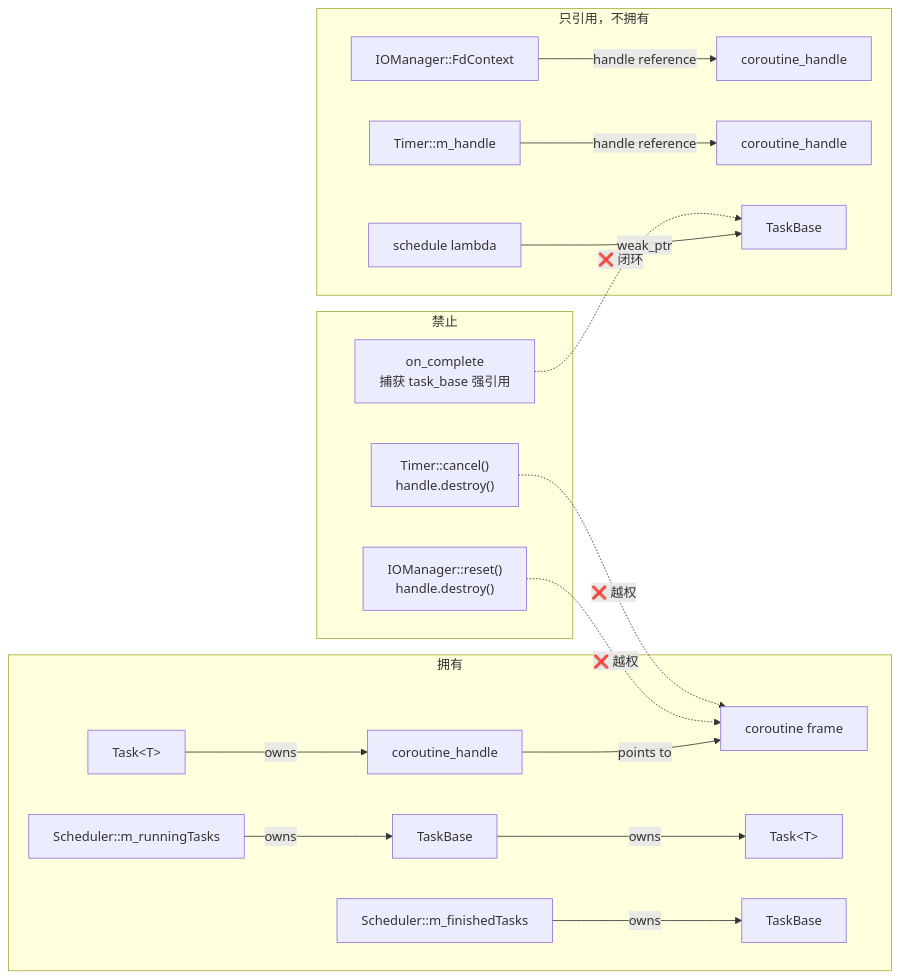
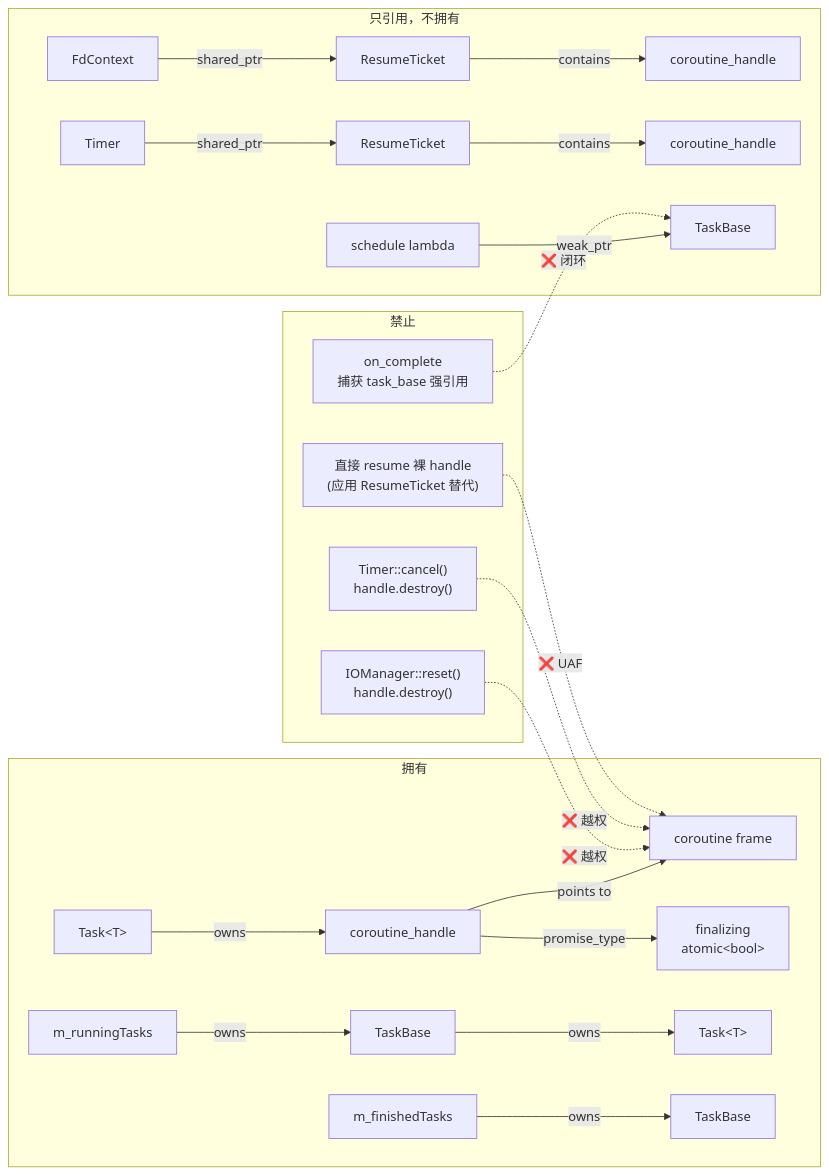
The third of 4 diagrams in README.md (computer-white/BlueRedis), drawn with Mermaid before and after one commit. The commit also changed other lines of this file and 2 other files, not shown here.

Commit message:
doc: 更新README相关内容

````diff
--- a/README.md
+++ b/README.md
@@ -61,22 +66,26 @@
 ```mermaid
 graph LR
     subgraph Own["拥有"]
         T1["Task&lt;T&gt;"] -->|owns| H1["coroutine_handle"]
         H1 -->|points to| F1["coroutine frame"]
-        RT["Scheduler::m_runningTasks"] -->|owns| TB["TaskBase"]
+        H1 -->|promise_type| FIN["finalizing<br/>atomic&lt;bool&gt;"]
+        Running["m_runningTasks"] -->|owns| TB["TaskBase"]
         TB -->|owns| T2["Task&lt;T&gt;"]
-        FT["Scheduler::m_finishedTasks"] -->|owns| TB2["TaskBase"]
+        FT["m_finishedTasks"] -->|owns| TB2["TaskBase"]
     end
 
     subgraph Ref["只引用，不拥有"]
-        IOM["IOManager::FdContext"] -->|handle reference| H2["coroutine_handle"]
-        TIMER["Timer::m_handle"] -->|handle reference| H3["coroutine_handle"]
+        IOM["FdContext"] -->|shared_ptr| TK1["ResumeTicket"]
+        TIMER["Timer"] -->|shared_ptr| TK2["ResumeTicket"]
+        TK1 -->|contains| H2["coroutine_handle"]
+        TK2 -->|contains| H3["coroutine_handle"]
         CB["schedule lambda"] -->|weak_ptr| TB3["TaskBase"]
     end
 
     subgraph Forbid["禁止"]
         X1["IOManager::reset()<br/>handle.destroy()"] -.->|❌ 越权| F1
         X2["Timer::cancel()<br/>handle.destroy()"] -.->|❌ 越权| F1
         X3["on_complete<br/>捕获 task_base 强引用"] -.->|❌ 闭环| TB3
+        X4["直接 resume 裸 handle<br/>(应用 ResumeTicket 替代)"] -.->|❌ UAF| F1
     end
 ```
````
